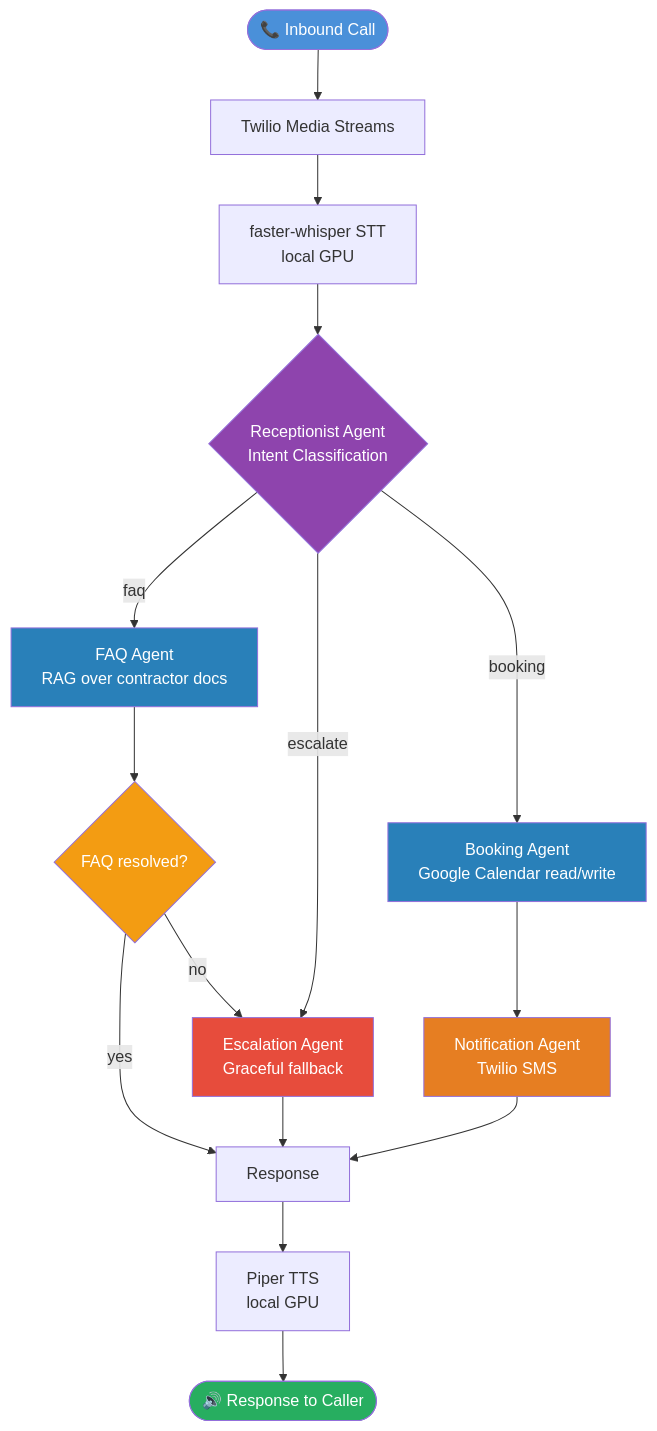
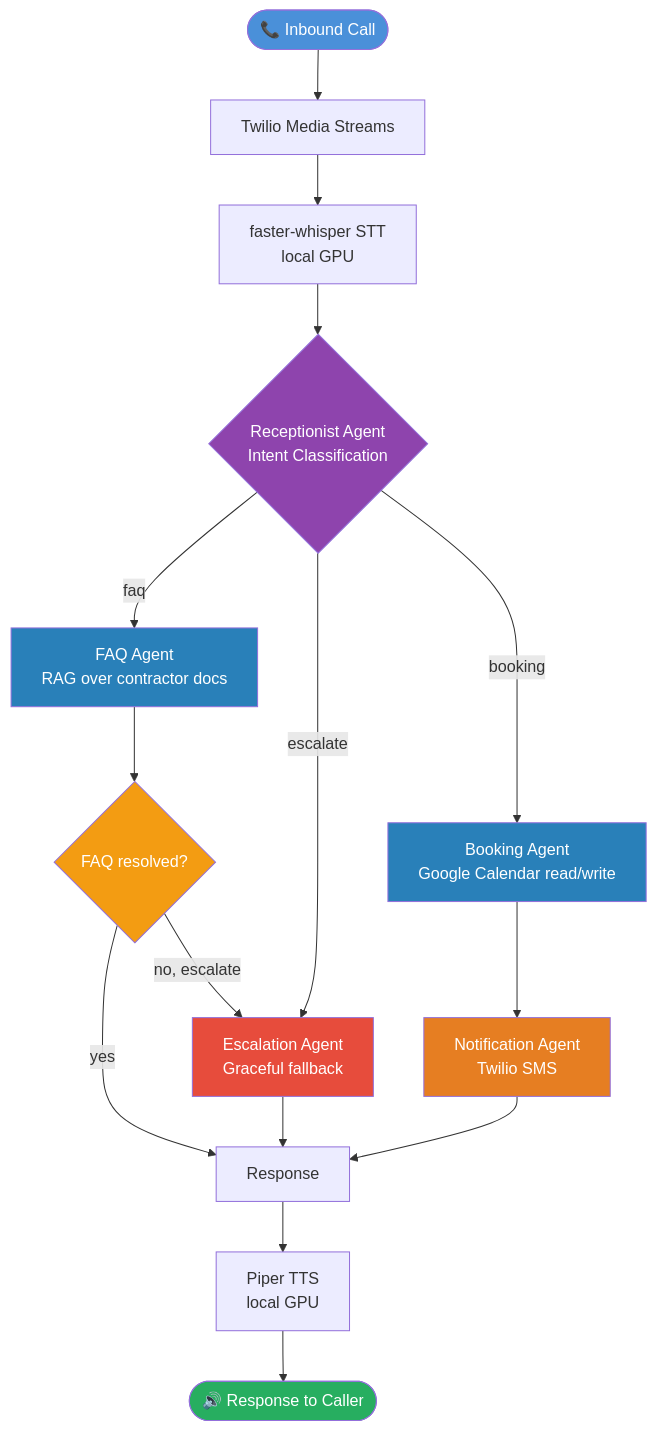
One commit to evlogia-kyriou/contractor-voice-bot-en changed the diagram in README.md. Above: the diagram before and after it, drawn with Mermaid.

Commit message:
docs: fix FAQ resolved arrow label

````diff
--- a/README.md
+++ b/README.md
@@ -27,31 +27,31 @@
 ```mermaid
 flowchart TD
     A([📞 Inbound Call]) --> B[Twilio Media Streams]
     B --> C[faster-whisper STT\nlocal GPU]
     C --> D{Receptionist Agent\nIntent Classification}
 
     D -->|faq| E[FAQ Agent\nRAG over contractor docs]
     D -->|escalate| G[Escalation Agent\nGraceful fallback]
     D -->|booking| F[Booking Agent\nGoogle Calendar read/write]
 
     E --> H{FAQ resolved?}
     H -->|yes| K[Response]
-    H -->|no| G
+    H -->|no, escalate| G
 
     F --> I[Notification Agent\nTwilio SMS]
     I --> K
 
     G --> K
 
     K --> L[Piper TTS\nlocal GPU]
     L --> M([🔊 Response to Caller])
 
     style A fill:#4A90D9,color:#fff
     style M fill:#27AE60,color:#fff
     style D fill:#8E44AD,color:#fff
     style E fill:#2980B9,color:#fff
     style F fill:#2980B9,color:#fff
     style G fill:#E74C3C,color:#fff
     style I fill:#E67E22,color:#fff
     style H fill:#F39C12,color:#fff
 ```
````
